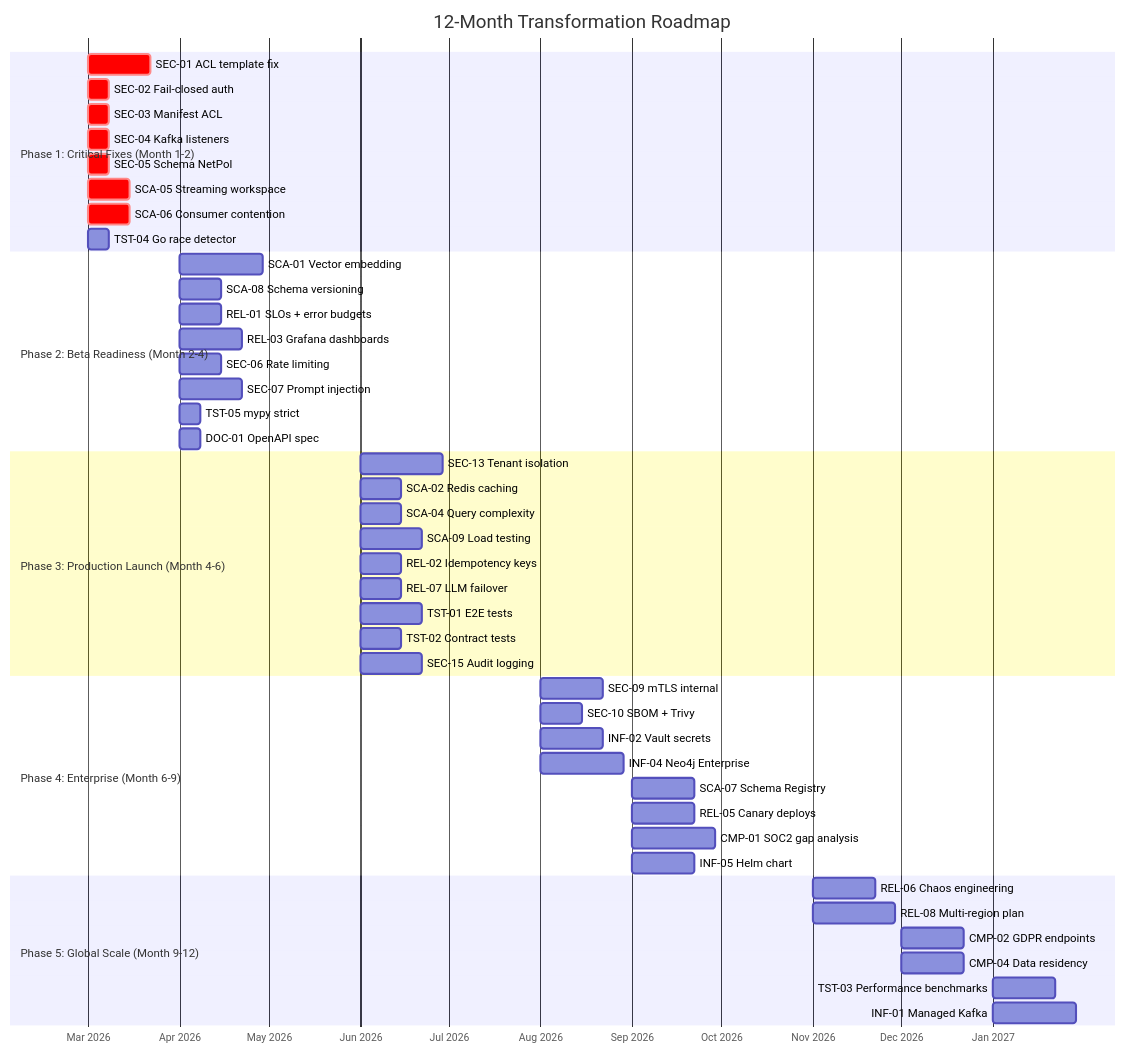
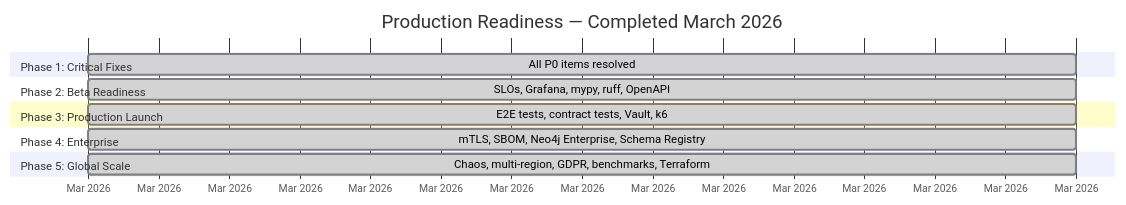
The tenth of 10 diagrams in docs/SPEC.md (jdiitm/graphrag-architect), drawn with Mermaid before and after one commit. The commit also changed other lines of this file and 20 other files, not shown here.

````diff
--- a/docs/SPEC.md
+++ b/docs/SPEC.md
@@ -2034,55 +2035,21 @@
 ```mermaid
 gantt
-    title 12-Month Transformation Roadmap
+    title Production Readiness — Completed March 2026
     dateFormat YYYY-MM
     axisFormat %b %Y
 
-    section Phase 1: Critical Fixes (Month 1-2)
-    SEC-01 ACL template fix       :crit, 2026-03, 3w
-    SEC-02 Fail-closed auth       :crit, 2026-03, 1w
-    SEC-03 Manifest ACL           :crit, 2026-03, 1w
-    SEC-04 Kafka listeners        :crit, 2026-03, 1w
-    SEC-05 Schema NetPol          :crit, 2026-03, 1w
-    SCA-05 Streaming workspace    :crit, 2026-03, 2w
-    SCA-06 Consumer contention    :crit, 2026-03, 2w
-    TST-04 Go race detector       :2026-03, 1w
+    section Phase 1: Critical Fixes
+    All P0 items resolved             :done, 2026-03, 1w
 
-    section Phase 2: Beta Readiness (Month 2-4)
-    SCA-01 Vector embedding       :2026-04, 4w
-    SCA-08 Schema versioning      :2026-04, 2w
-    REL-01 SLOs + error budgets   :2026-04, 2w
-    REL-03 Grafana dashboards     :2026-04, 3w
-    SEC-06 Rate limiting          :2026-04, 2w
-    SEC-07 Prompt injection       :2026-04, 3w
-    TST-05 mypy strict            :2026-04, 1w
-    DOC-01 OpenAPI spec           :2026-04, 1w
+    section Phase 2: Beta Readiness
+    SLOs, Grafana, mypy, ruff, OpenAPI :done, 2026-03, 1w
 
-    section Phase 3: Production Launch (Month 4-6)
-    SEC-13 Tenant isolation       :2026-06, 4w
-    SCA-02 Redis caching          :2026-06, 2w
-    SCA-04 Query complexity       :2026-06, 2w
-    SCA-09 Load testing           :2026-06, 3w
-    REL-02 Idempotency keys       :2026-06, 2w
-    REL-07 LLM failover           :2026-06, 2w
-    TST-01 E2E tests              :2026-06, 3w
-    TST-02 Contract tests         :2026-06, 2w
-    SEC-15 Audit logging          :2026-06, 3w
+    section Phase 3: Production Launch
+    E2E tests, contract tests, Vault, k6 :done, 2026-03, 1w
 
-    section Phase 4: Enterprise (Month 6-9)
-    SEC-09 mTLS internal          :2026-08, 3w
-    SEC-10 SBOM + Trivy           :2026-08, 2w
-    INF-02 Vault secrets          :2026-08, 3w
-    INF-04 Neo4j Enterprise       :2026-08, 4w
-    SCA-07 Schema Registry        :2026-09, 3w
-    REL-05 Canary deploys         :2026-09, 3w
-    CMP-01 SOC2 gap analysis      :2026-09, 4w
-    INF-05 Helm chart             :2026-09, 3w
+    section Phase 4: Enterprise
+    mTLS, SBOM, Neo4j Enterprise, Schema Registry :done, 2026-03, 1w
 
-    section Phase 5: Global Scale (Month 9-12)
-    REL-06 Chaos engineering      :2026-11, 3w
-    REL-08 Multi-region plan      :2026-11, 4w
-    CMP-02 GDPR endpoints         :2026-12, 3w
-    CMP-04 Data residency         :2026-12, 3w
-    TST-03 Performance benchmarks :2027-01, 3w
-    INF-01 Managed Kafka          :2027-01, 4w
+    section Phase 5: Global Scale
+    Chaos, multi-region, GDPR, benchmarks, Terraform :done, 2026-03, 1w
 ```
````
